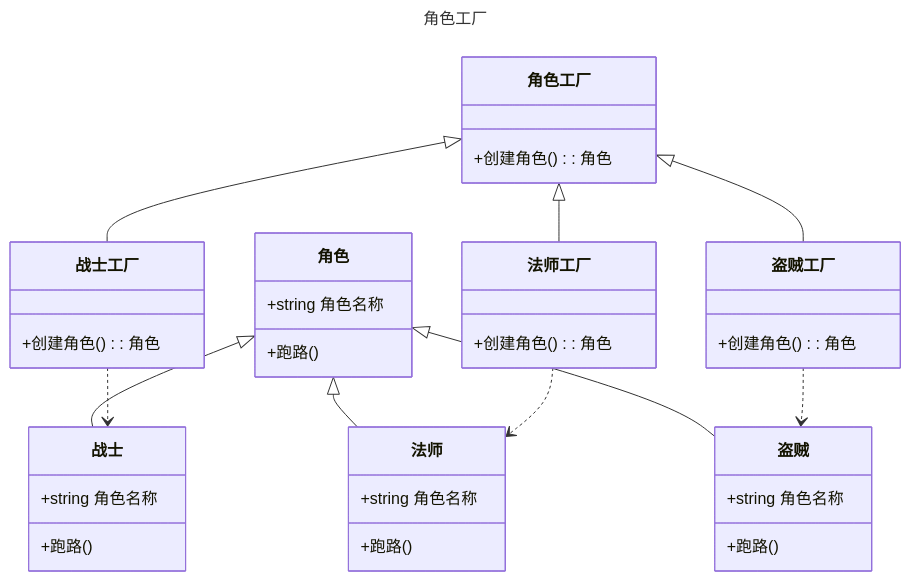
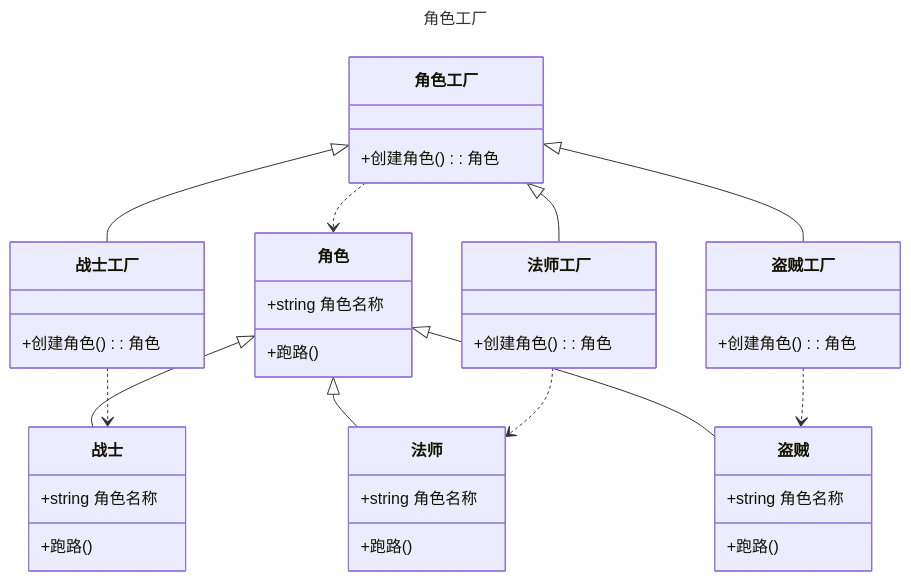
One commit to CollapseNav/CollapseNav.Net.Tool-Doc changed the diagram in other/knowledge/Design/1-Factory.mdx. Above: the diagram before and after it, drawn with Mermaid. The commit also changed other lines of this file, not shown here.

````diff
--- a/other/knowledge/Design/1-Factory.mdx
+++ b/other/knowledge/Design/1-Factory.mdx
@@ -29,44 +29,45 @@
 ```mermaid
 ---
 title: 角色工厂
 ---
 classDiagram
 角色<|--战士
 角色<|--法师
 角色<|--盗贼
 角色工厂<|--战士工厂
 角色工厂<|--法师工厂
 角色工厂<|--盗贼工厂
 战士工厂..>战士
 法师工厂..>法师
 盗贼工厂..>盗贼
+角色工厂..>角色
 
-class 角色{
+class 角色:::role{
     +string 角色名称
     +跑路()
 }
 class 角色工厂{
     +创建角色(): 角色
 }
 class 战士{
     +string 角色名称
     +跑路()
 }
 class 法师{
     +string 角色名称
     +跑路()
 }
 class 盗贼{
     +string 角色名称
     +跑路()
 }
 class 战士工厂{
     +创建角色(): 角色
 }
 class 法师工厂{
     +创建角色(): 角色
 }
 class 盗贼工厂{
     +创建角色(): 角色
 }
 ```
````
